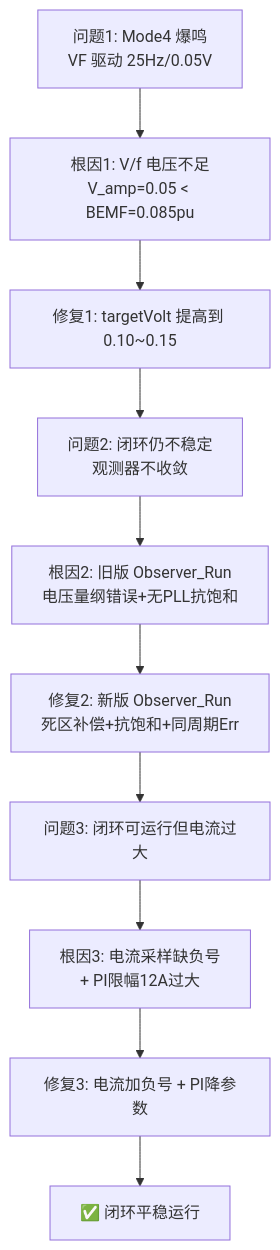
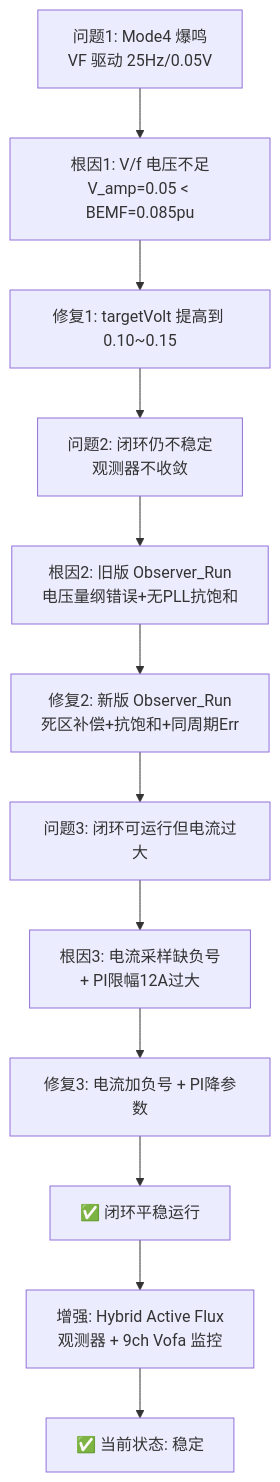
The diagram in Current_Tuning_Guide.md (qxzoldsix/FOC_ST_V2_G474), drawn with Mermaid before and after one commit. The commit also changed other lines of this file and 8 other files, not shown here.

````diff
--- a/Current_Tuning_Guide.md
+++ b/Current_Tuning_Guide.md
@@ -10,12 +10,14 @@
 ```mermaid
 graph TD
     A["问题1: Mode4 爆鸣<br/>VF 驱动 25Hz/0.05V"] --> B["根因1: V/f 电压不足<br/>V_amp=0.05 < BEMF=0.085pu"]
     B --> C["修复1: targetVolt 提高到 0.10~0.15"]
     C --> D["问题2: 闭环仍不稳定<br/>观测器不收敛"]
     D --> E["根因2: 旧版 Observer_Run<br/>电压量纲错误+无PLL抗饱和"]
     E --> F["修复2: 新版 Observer_Run<br/>死区补偿+抗饱和+同周期Err"]
     F --> G["问题3: 闭环可运行但电流过大"]
     G --> H["根因3: 电流采样缺负号<br/>+ PI限幅12A过大"]
     H --> I["修复3: 电流加负号 + PI降参数"]
     I --> J["✅ 闭环平稳运行"]
+    J --> K["增强: Hybrid Active Flux<br/>观测器 + 9ch Vofa 监控"]
+    K --> L["✅ 当前状态: 稳定"]
 ```
````
